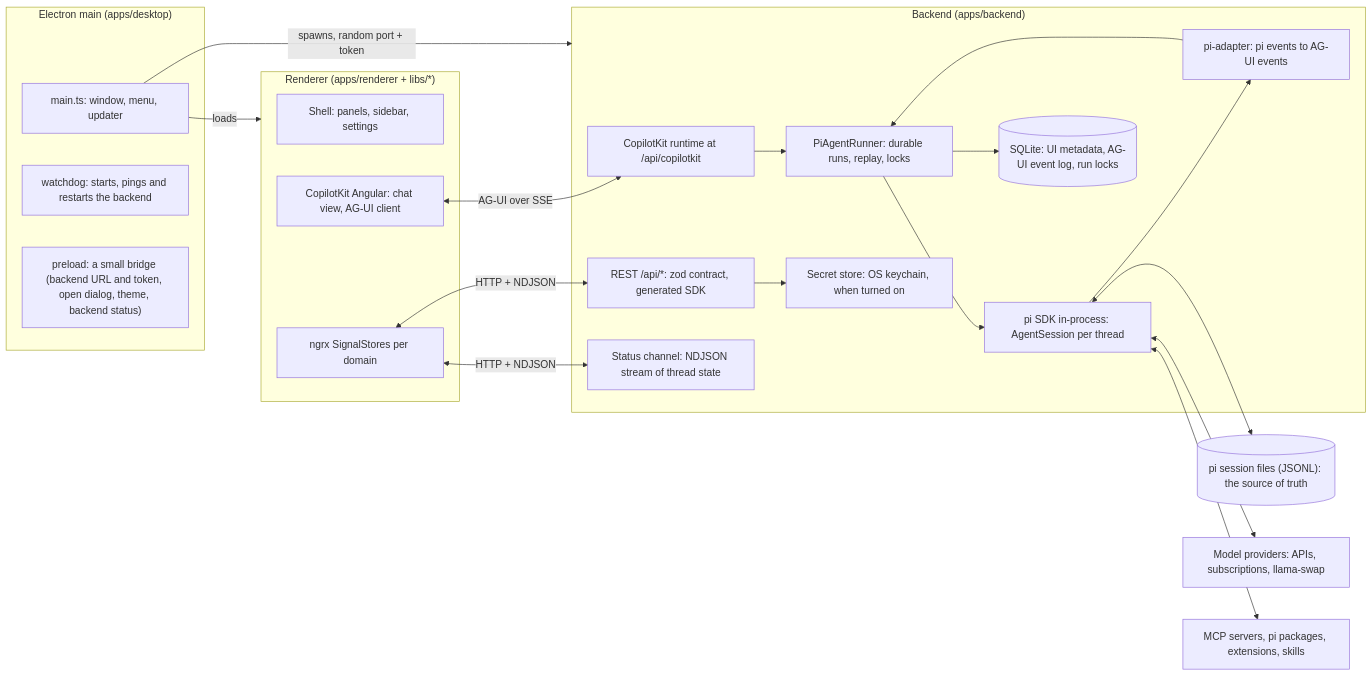
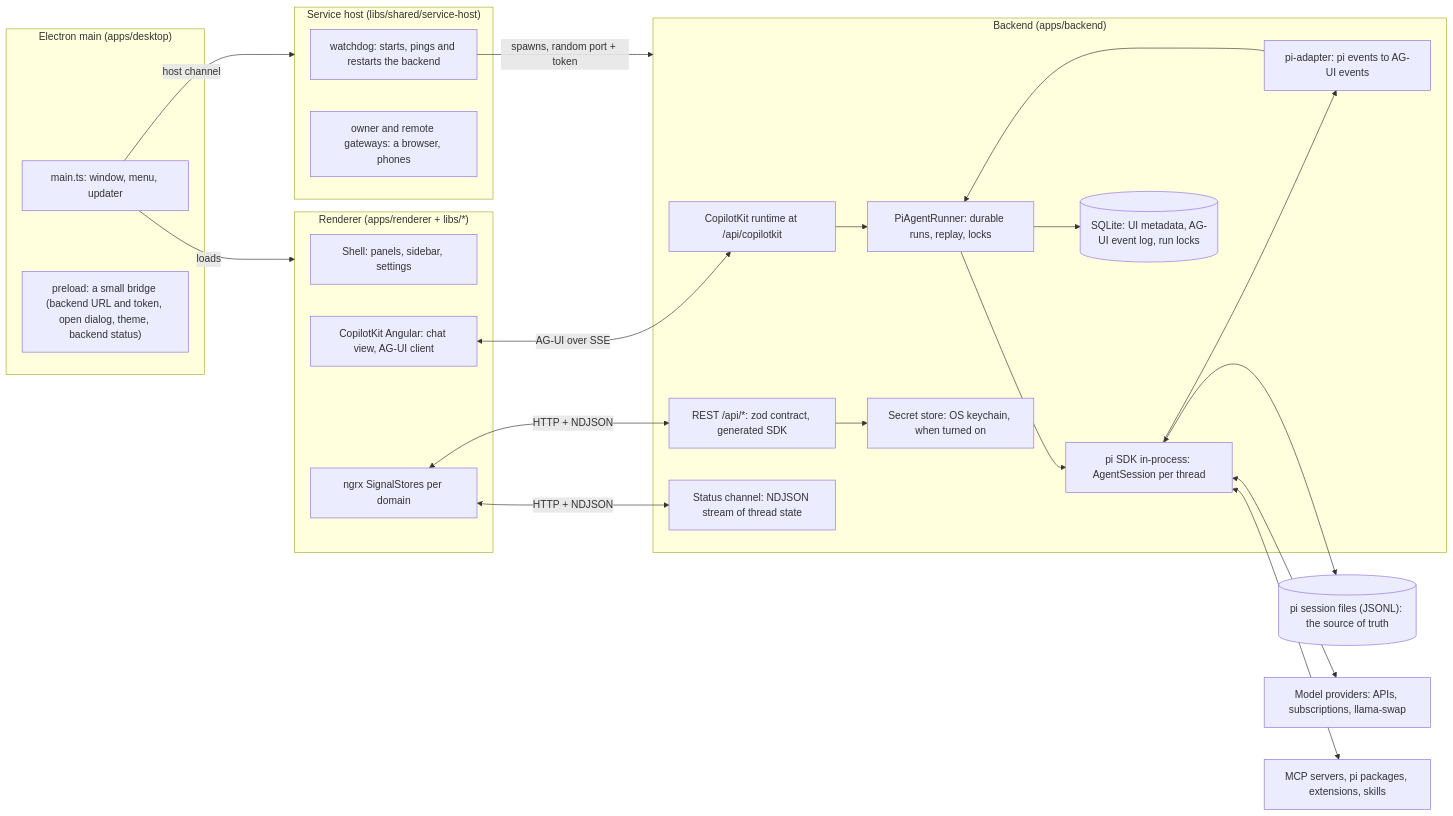
Before and after one commit to Soverius-AI/pi-kit: the first of 4 diagrams in doc/docs/architecture.md, drawn with Mermaid. The commit also changed other lines of this file and 19 other files, not shown here.

````diff
--- a/doc/docs/architecture.md
+++ b/doc/docs/architecture.md
@@ -13,38 +14,42 @@
 ```mermaid
 flowchart LR
+  subgraph host["Service host (libs/shared/service-host)"]
+    watchdog["watchdog: starts, pings and restarts the backend"]
+    gateways["owner and remote gateways: a browser, phones"]
+  end
   subgraph desktop["Electron main (apps/desktop)"]
     main["main.ts: window, menu, updater"]
-    watchdog["watchdog: starts, pings and restarts the backend"]
     preload["preload: a small bridge (backend URL and token, open dialog, theme, backend status)"]
   end
   subgraph renderer["Renderer (apps/renderer + libs/*)"]
     shell["Shell: panels, sidebar, settings"]
     stores["ngrx SignalStores per domain"]
     copilot["CopilotKit Angular: chat view, AG-UI client"]
   end
   subgraph backend["Backend (apps/backend)"]
     runtime["CopilotKit runtime at /api/copilotkit"]
     runner["PiAgentRunner: durable runs, replay, locks"]
     rest["REST /api/*: zod contract, generated SDK"]
     status["Status channel: NDJSON stream of thread state"]
     pi["pi SDK in-process: AgentSession per thread"]
     adapter["pi-adapter: pi events to AG-UI events"]
     db[("SQLite: UI metadata, AG-UI event log, run locks")]
     secrets["Secret store: OS keychain, when turned on"]
   end
   sessions[("pi session files (JSONL): the source of truth")]
   models["Model providers: APIs, subscriptions, llama-swap"]
   mcp["MCP servers, pi packages, extensions, skills"]
-  main -->|spawns, random port + token| backend
+  watchdog -->|spawns, random port + token| backend
+  main -->|host channel| host
   main -->|loads| renderer
   copilot <-->|AG-UI over SSE| runtime
   stores <-->|HTTP + NDJSON| rest
   stores <-->|HTTP + NDJSON| status
   runtime --> runner --> pi
   pi --> adapter --> runner
   runner --> db
   pi <--> sessions
   pi <--> models
   pi <--> mcp
   rest --> secrets
 ```
````
